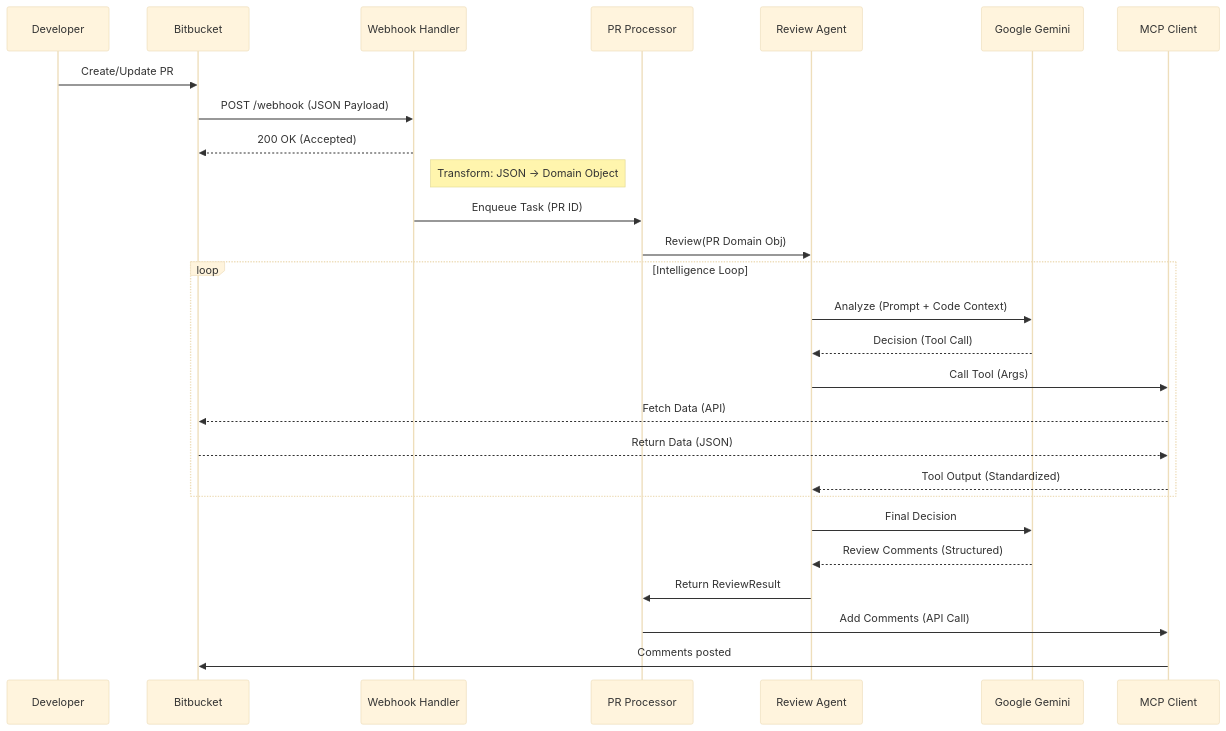
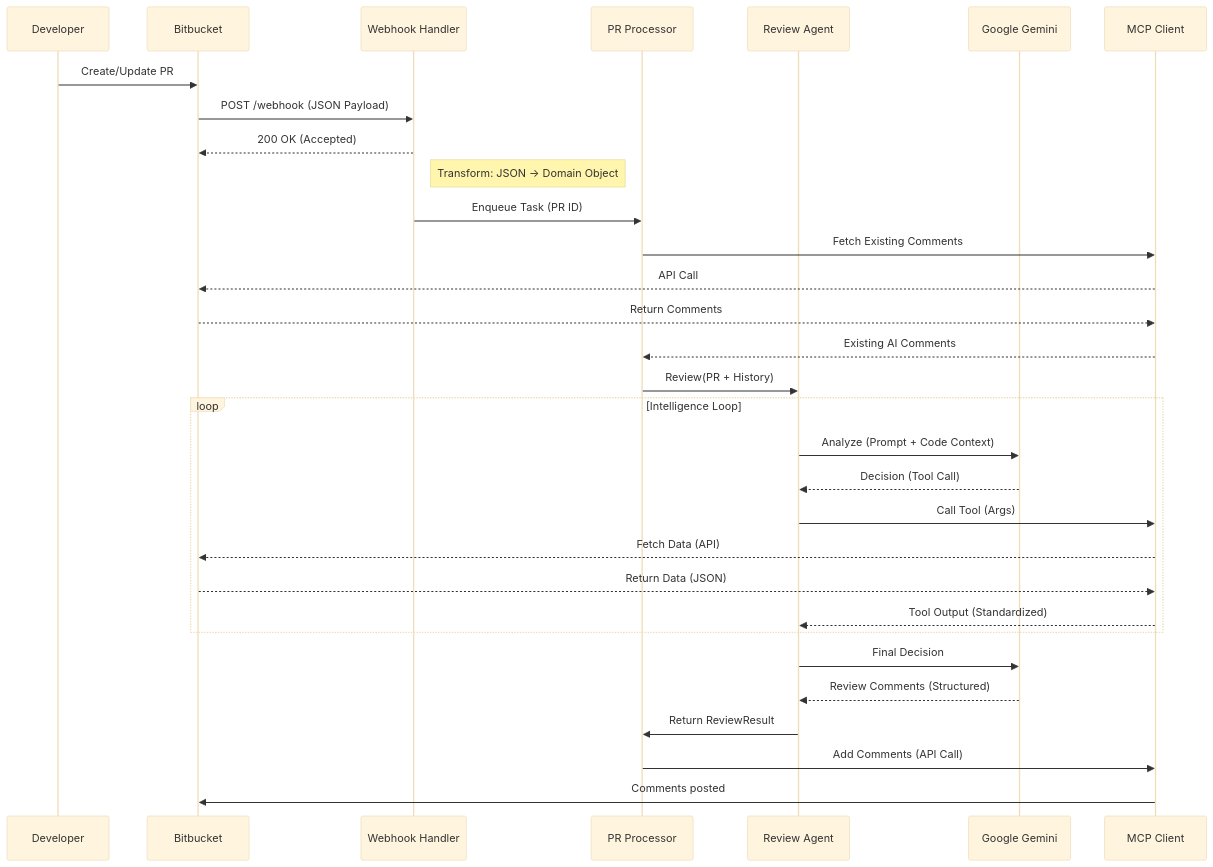
The second of 2 diagrams in README.md (step-chen/agent-sets), drawn with Mermaid (base theme) before and after one commit. The commit also changed other lines of this file and 16 other files, not shown here.

Commit message:
feat: Implement smart AI comment deduplication in Bitbucket by fetching existing comments, adding markers, and filtering new suggestions.

````diff
--- a/README.md
+++ b/README.md
@@ -110,36 +110,43 @@
 ```mermaid
 sequenceDiagram
     participant User as Developer
     participant BB as Bitbucket
     participant WH as Webhook Handler
     participant PROC as PR Processor
     participant AGENT as Review Agent
     participant LLM as Google Gemini
     participant MCP as MCP Client
 
     %% Data Flow: Raw JSON Payload
     User->>BB: Create/Update PR
     BB->>WH: POST /webhook (JSON Payload)
     WH-->>BB: 200 OK (Accepted)
 
     note right of WH: Transform: JSON -> Domain Object
     WH->>PROC: Enqueue Task (PR ID)
-    PROC->>AGENT: Review(PR Domain Obj)
+
+    %% Data Flow: Deduplication
+    PROC->>MCP: Fetch Existing Comments
+    MCP-->>BB: API Call
+    BB-->>MCP: Return Comments
+    MCP-->>PROC: Existing AI Comments
+
+    PROC->>AGENT: Review(PR + History)
 
     %% Data Flow: Context & Prompts
     loop Intelligence Loop
         AGENT->>LLM: Analyze (Prompt + Code Context)
         LLM-->>AGENT: Decision (Tool Call)
         AGENT->>MCP: Call Tool (Args)
         MCP-->>BB: Fetch Data (API)
         BB-->>MCP: Return Data (JSON)
         MCP-->>AGENT: Tool Output (Standardized)
     end
 
     %% Data Flow: Structured Review
     AGENT->>LLM: Final Decision
     LLM-->>AGENT: Review Comments (Structured)
     AGENT->>PROC: Return ReviewResult
     PROC->>MCP: Add Comments (API Call)
     MCP->>BB: Comments posted
 ```
````
